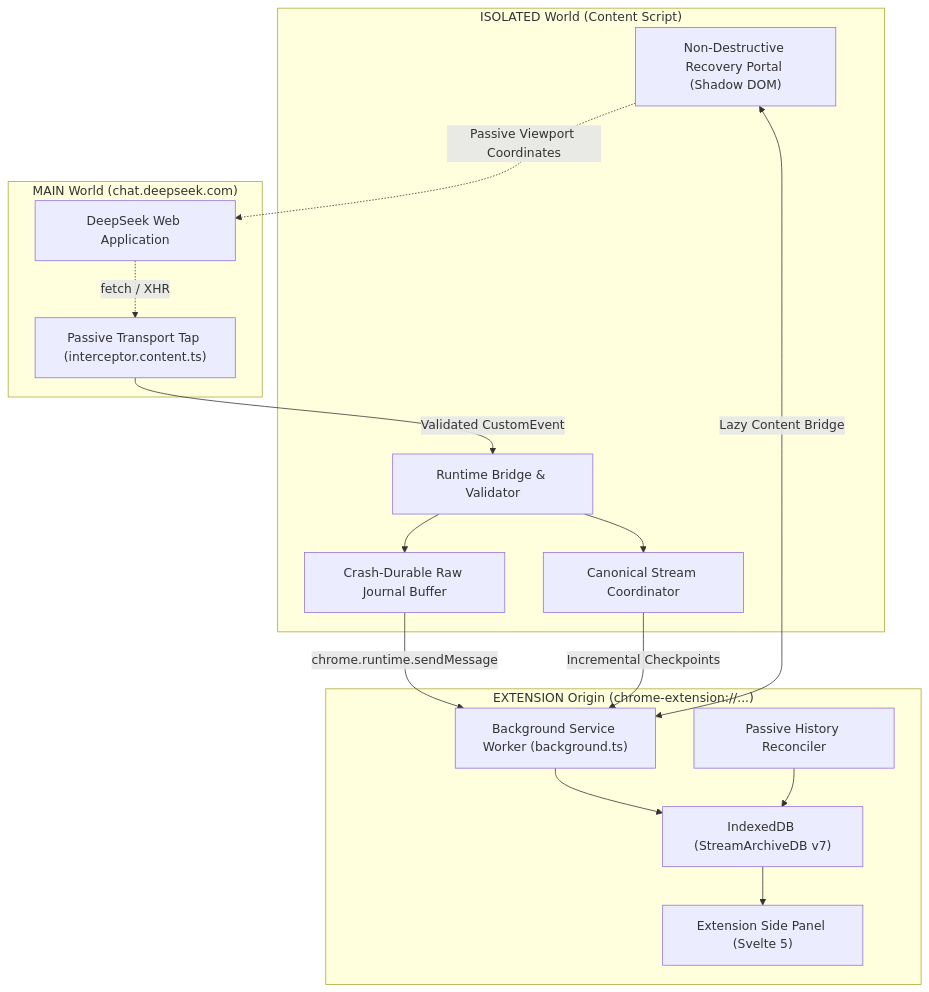
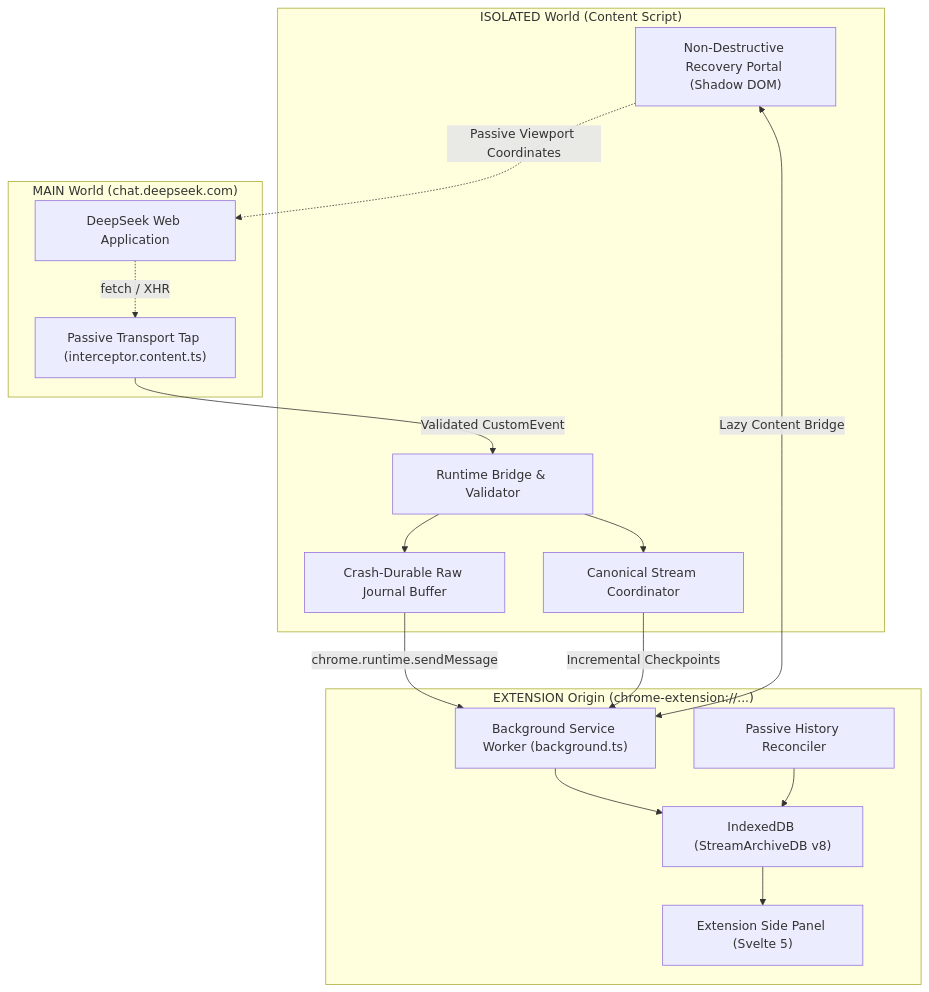
One commit to MalenkiySolovey/deepseek-stream-archive changed the diagram in README.md. Above: the diagram before and after it, drawn with Mermaid. The commit also changed other lines of this file and 36 other files, not shown here.

````diff
--- a/README.md
+++ b/README.md
@@ -100,34 +100,34 @@
 ```mermaid
 flowchart TD
     subgraph PAGE_MAIN_WORLD["MAIN World (chat.deepseek.com)"]
         PageApp["DeepSeek Web Application"]
         Interceptor["Passive Transport Tap (interceptor.content.ts)"]
         PageApp -.->|"fetch / XHR"| Interceptor
     end
 
     subgraph ISOLATED_WORLD["ISOLATED World (Content Script)"]
         Bridge["Runtime Bridge & Validator"]
         Coordinator["Canonical Stream Coordinator"]
         RawBuffer["Crash-Durable Raw Journal Buffer"]
         Overlay["Non-Destructive Recovery Portal (Shadow DOM)"]
         
         Interceptor -->|"Validated CustomEvent"| Bridge
         Bridge --> RawBuffer
         Bridge --> Coordinator
         Overlay -.->|"Passive Viewport Coordinates"| PageApp
     end
 
     subgraph EXTENSION_WORLD["EXTENSION Origin (chrome-extension://...)"]
         BackgroundWorker["Background Service Worker (background.ts)"]
         SidePanel["Extension Side Panel (Svelte 5)"]
-        StorageEngine["IndexedDB (StreamArchiveDB v7)"]
+        StorageEngine["IndexedDB (StreamArchiveDB v8)"]
         Reconciler["Passive History Reconciler"]
         
         RawBuffer -->|"chrome.runtime.sendMessage"| BackgroundWorker
         Coordinator -->|"Incremental Checkpoints"| BackgroundWorker
         Overlay <-->|"Lazy Content Bridge"| BackgroundWorker
         BackgroundWorker --> StorageEngine
         Reconciler --> StorageEngine
         StorageEngine --> SidePanel
     end
 ```
````
